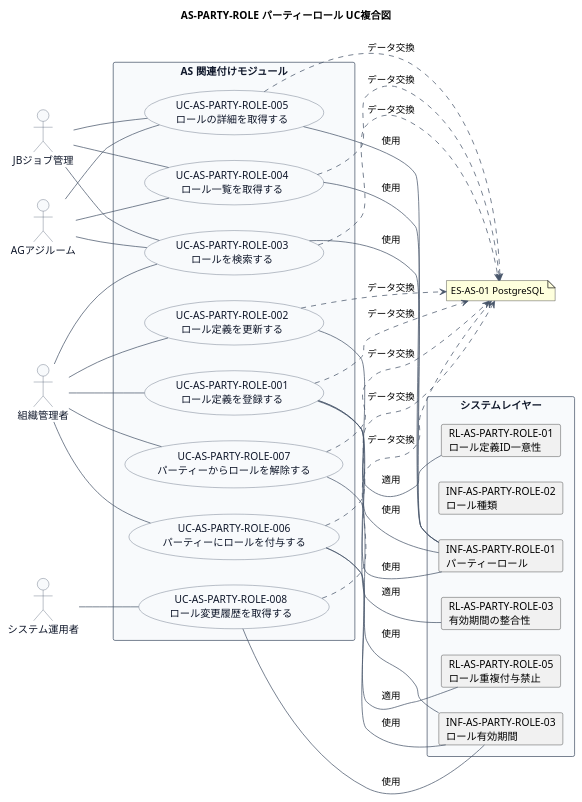
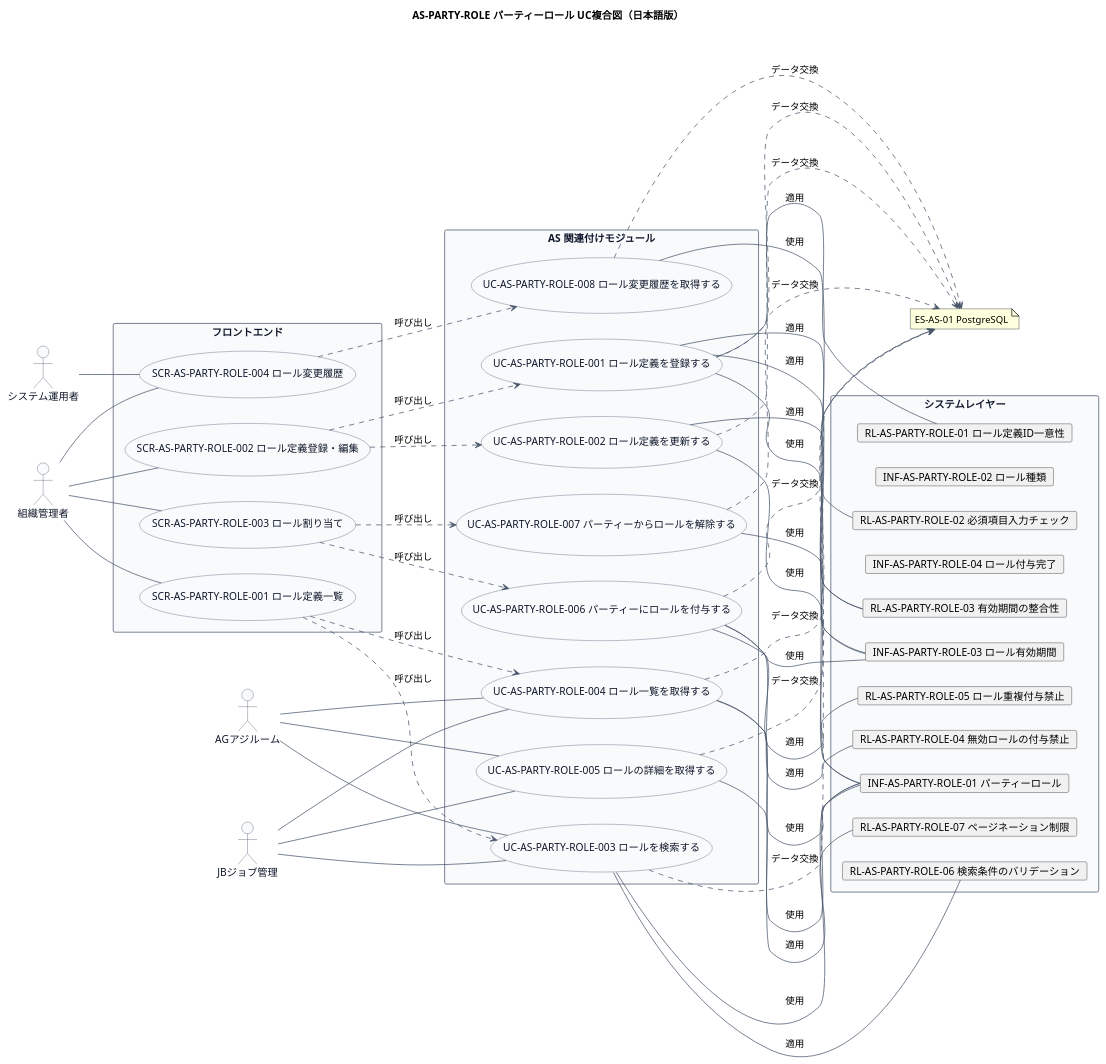
Before and after one commit to mizo432/modulith-learning: the second of 2 diagrams in docs/22 要件定義書/AS 関連付け/03 機能要件/AS-PARTY-ROLE パーティーロール/03.システム境界/UC複合図.md, drawn with PlantUML. The commit also changed other lines of this file and 403 other files, not shown here.

First line of the commit message:
docs: AS関連付け事業領域のRDRAフェーズ2完了 - UC複合図、情報属性一覧の追加・修正

````diff
--- a/docs/22 要件定義書/AS 関連付け/03 機能要件/AS-PARTY-ROLE パーティーロール/03.システム境界/UC複合図.md
+++ b/docs/22 要件定義書/AS 関連付け/03 機能要件/AS-PARTY-ROLE パーティーロール/03.システム境界/UC複合図.md
@@ -11,6 +124,6 @@
 ```plantuml
 @startuml
-title AS-PARTY-ROLE パーティーロール UC複合図
+title AS-PARTY-ROLE パーティーロール UC複合図（日本語版）
 left to right direction
 
 skinparam usecase {
@@ -38,38 +151,57 @@
 
 note "ES-AS-01 PostgreSQL" as ES01
 
+rectangle "フロントエンド" {
+  usecase "SCR-AS-PARTY-ROLE-001 ロール定義一覧" as SCR001
+  usecase "SCR-AS-PARTY-ROLE-002 ロール定義登録・編集" as SCR002
+  usecase "SCR-AS-PARTY-ROLE-003 ロール割り当て" as SCR003
+  usecase "SCR-AS-PARTY-ROLE-004 ロール変更履歴" as SCR004
+}
+
 rectangle "AS 関連付けモジュール" {
-  usecase "UC-AS-PARTY-ROLE-001\nロール定義を登録する" as UC001
-  usecase "UC-AS-PARTY-ROLE-002\nロール定義を更新する" as UC002
-  usecase "UC-AS-PARTY-ROLE-003\nロールを検索する" as UC003
-  usecase "UC-AS-PARTY-ROLE-004\nロール一覧を取得する" as UC004
-  usecase "UC-AS-PARTY-ROLE-005\nロールの詳細を取得する" as UC005
-  usecase "UC-AS-PARTY-ROLE-006\nパーティーにロールを付与する" as UC006
-  usecase "UC-AS-PARTY-ROLE-007\nパーティーからロールを解除する" as UC007
-  usecase "UC-AS-PARTY-ROLE-008\nロール変更履歴を取得する" as UC008
+  usecase "UC-AS-PARTY-ROLE-001 ロール定義を登録する" as UC001
+  usecase "UC-AS-PARTY-ROLE-002 ロール定義を更新する" as UC002
+  usecase "UC-AS-PARTY-ROLE-003 ロールを検索する" as UC003
+  usecase "UC-AS-PARTY-ROLE-004 ロール一覧を取得する" as UC004
+  usecase "UC-AS-PARTY-ROLE-005 ロールの詳細を取得する" as UC005
+  usecase "UC-AS-PARTY-ROLE-006 パーティーにロールを付与する" as UC006
+  usecase "UC-AS-PARTY-ROLE-007 パーティーからロールを解除する" as UC007
+  usecase "UC-AS-PARTY-ROLE-008 ロール変更履歴を取得する" as UC008
 }
 
 rectangle "システムレイヤー" {
-  card "INF-AS-PARTY-ROLE-01\nパーティーロール" as INF01
-  card "INF-AS-PARTY-ROLE-02\nロール種類" as INF02
-  card "INF-AS-PARTY-ROLE-03\nロール有効期間" as INF03
-  card "RL-AS-PARTY-ROLE-01\nロール定義ID一意性" as RL01
-  card "RL-AS-PARTY-ROLE-03\n有効期間の整合性" as RL03
-  card "RL-AS-PARTY-ROLE-05\nロール重複付与禁止" as RL05
+  card "INF-AS-PARTY-ROLE-01 パーティーロール" as INF01
+  card "INF-AS-PARTY-ROLE-02 ロール種類" as INF02
+  card "INF-AS-PARTY-ROLE-03 ロール有効期間" as INF03
+  card "INF-AS-PARTY-ROLE-04 ロール付与完了" as INF04
+  card "RL-AS-PARTY-ROLE-01 ロール定義ID一意性" as RL01
+  card "RL-AS-PARTY-ROLE-02 必須項目入力チェック" as RL02
+  card "RL-AS-PARTY-ROLE-03 有効期間の整合性" as RL03
+  card "RL-AS-PARTY-ROLE-04 無効ロールの付与禁止" as RL04
+  card "RL-AS-PARTY-ROLE-05 ロール重複付与禁止" as RL05
+  card "RL-AS-PARTY-ROLE-06 検索条件のバリデーション" as RL06
+  card "RL-AS-PARTY-ROLE-07 ページネーション制限" as RL07
 }
 
-Admin -- UC001
-Admin -- UC002
-Admin -- UC003
-Admin -- UC006
-Admin -- UC007
-Operator -- UC008
+Admin -- SCR001
+Admin -- SCR002
+Admin -- SCR003
+Admin -- SCR004
+Operator -- SCR004
 JB -- UC003
 JB -- UC004
 JB -- UC005
 AG -- UC003
 AG -- UC004
 AG -- UC005
+
+SCR001 ..> UC003 : 呼び出し
+SCR001 ..> UC004 : 呼び出し
+SCR002 ..> UC001 : 呼び出し
+SCR002 ..> UC002 : 呼び出し
+SCR003 ..> UC006 : 呼び出し
+SCR003 ..> UC007 : 呼び出し
+SCR004 ..> UC008 : 呼び出し
 
 UC001 ..> ES01 : データ交換
 UC002 ..> ES01 : データ交換
@@ -90,7 +222,12 @@
 UC008 -- INF03 : 使用
 
 UC001 -- RL01 : 適用
+UC001 -- RL02 : 適用
 UC001 -- RL03 : 適用
+UC002 -- RL03 : 適用
+UC003 -- RL06 : 適用
+UC004 -- RL07 : 適用
+UC006 -- RL04 : 適用
 UC006 -- RL05 : 適用
 @enduml
 ```
````
